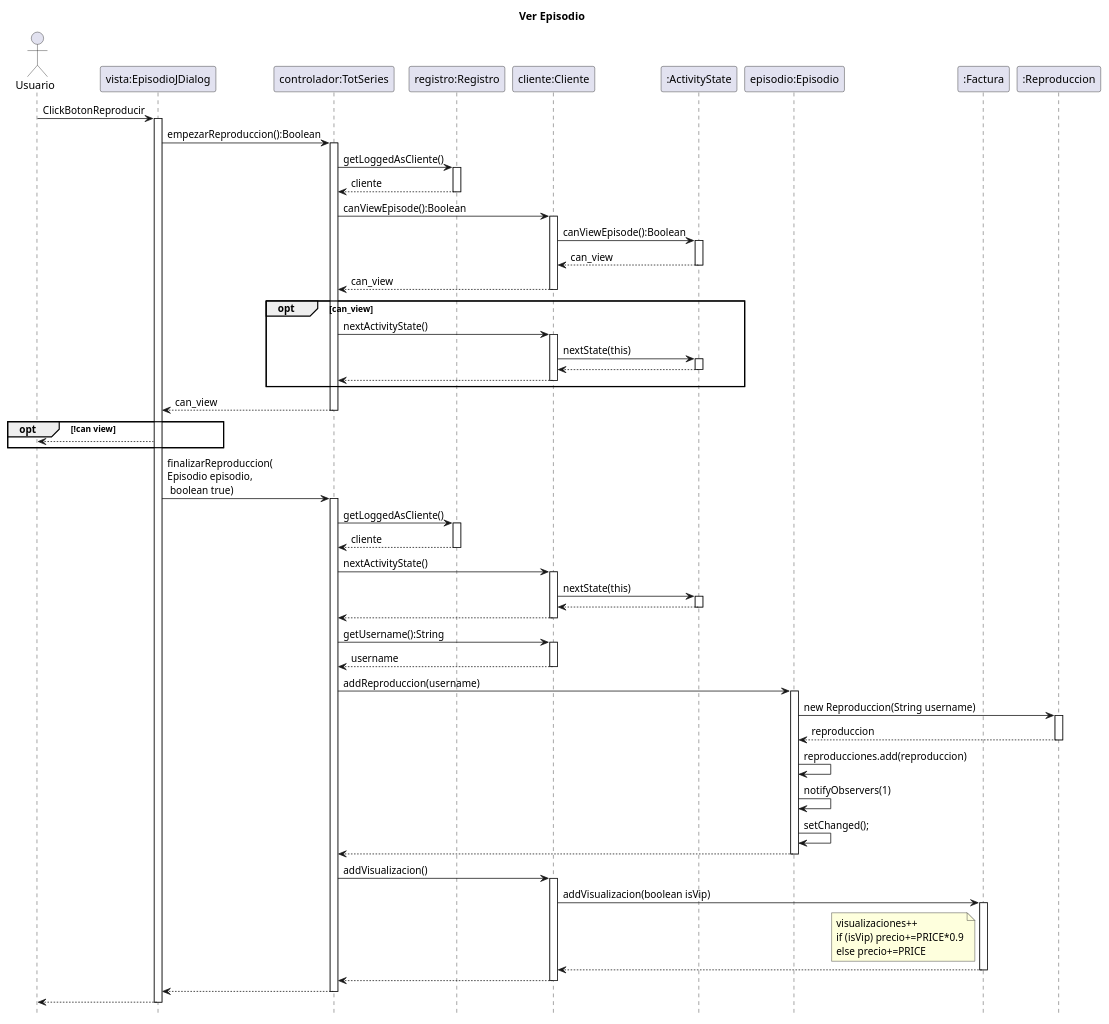
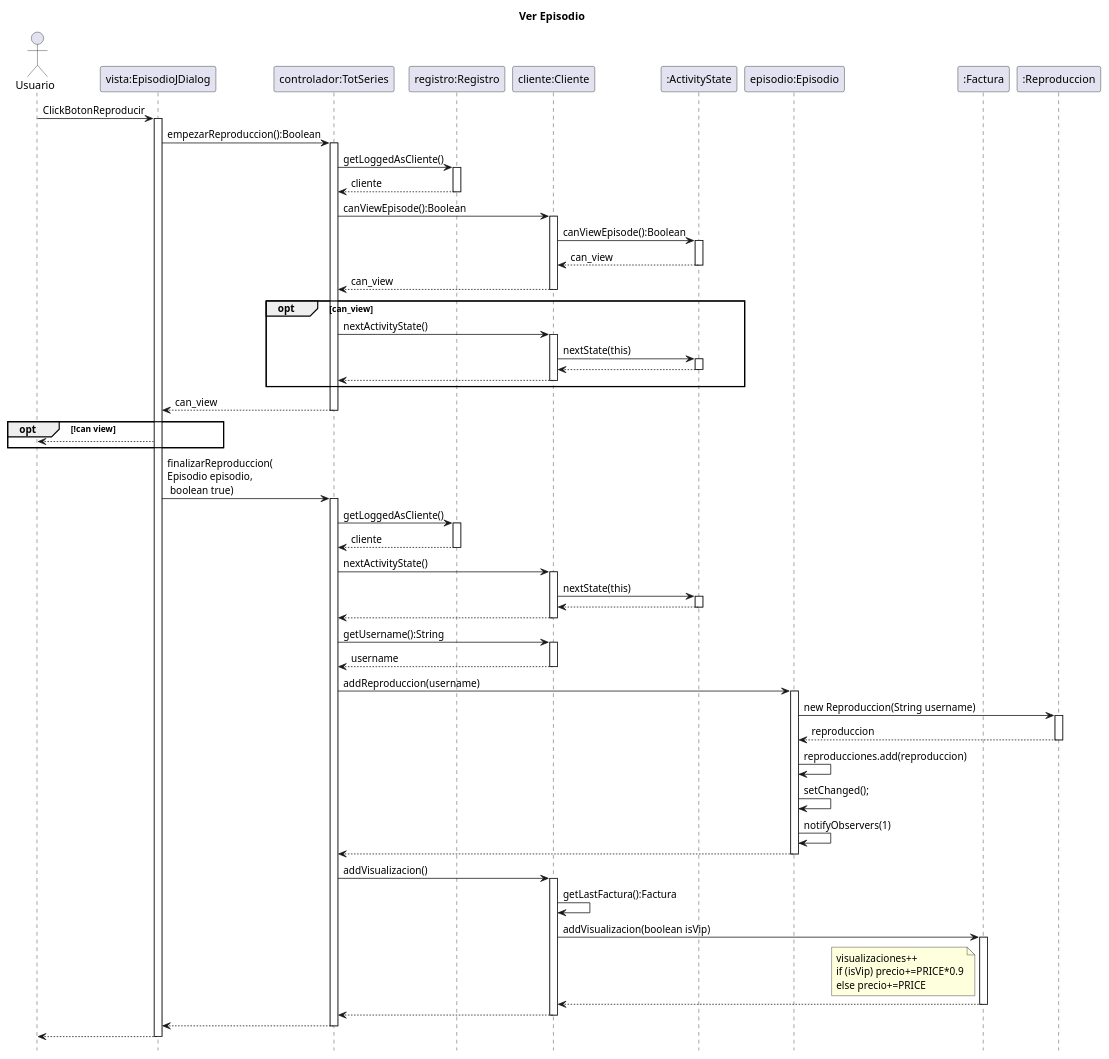
The diagram in src/totseries/Uml/Secuencia/Diagrama de Secuencia Ver Episodio.puml (MrViciao/TotSeries), drawn with PlantUML before and after one commit. The commit also changed 5 other files, not shown here.

Commit message:
actualizacion de los diagramas

```diff
--- a/src/totseries/Uml/Secuencia/Diagrama de Secuencia Ver Episodio.puml
+++ b/src/totseries/Uml/Secuencia/Diagrama de Secuencia Ver Episodio.puml
@@ -1,107 +1,107 @@
 @startuml
 title		Ver Episodio
 hide	footbox
 
 actor	Usuario as usuario
 participant "vista:EpisodioJDialog" as vista
 participant "controlador:TotSeries" as totseries
 participant "registro:Registro" as registro
 participant "cliente:Cliente" as cliente
 participant ":ActivityState" as state
 participant "episodio:Episodio" as episodio
 participant ":Factura" as factura
 participant ":Reproduccion" as reproduccion
 
 usuario -> vista : ClickBotonReproducir
 activate vista
 vista ->totseries : empezarReproduccion():Boolean
 activate totseries
 totseries -> registro : getLoggedAsCliente()
 activate registro
 registro --> totseries : cliente
 deactivate registro
 '
 totseries -> cliente : canViewEpisode():Boolean
 activate cliente
 cliente -> state : canViewEpisode():Boolean
 activate state
 state --> cliente : can_view
 deactivate state
 cliente --> totseries : can_view
 deactivate cliente
 '  
 opt can_view
 
     totseries -> cliente: nextActivityState()
     activate cliente
     cliente -> state:nextState(this)
     activate state
     state --> cliente
     deactivate state
     cliente --> totseries
     deactivate cliente
     
 end opt
 
 totseries -->vista: can_view
     deactivate totseries
 
 opt !can view
     vista --> usuario
 end opt
 
 vista -> totseries : finalizarReproduccion(\nEpisodio episodio,\n boolean true)
 activate totseries
 
 totseries -> registro : getLoggedAsCliente()
 activate registro
 registro --> totseries : cliente
 deactivate registro
 
 totseries -> cliente : nextActivityState()
 activate cliente
 cliente -> state : nextState(this)
 activate state
 state --> cliente
 deactivate state
 cliente --> totseries
 deactivate cliente
 
 totseries -> cliente : getUsername():String
 activate cliente
 cliente -->totseries: username
 deactivate cliente
 
 
 totseries -> episodio :addReproduccion(username)
 activate episodio
 episodio -> reproduccion: new Reproduccion(String username)
 activate reproduccion
 reproduccion --> episodio: reproduccion
 deactivate reproduccion
 episodio ->episodio: reproducciones.add(reproduccion)
+episodio ->episodio: setChanged();
 episodio ->episodio: notifyObservers(1)
-episodio ->episodio: setChanged();
 episodio --> totseries
 deactivate episodio
 
-
 totseries -> cliente: addVisualizacion()
 activate cliente
+cliente -> cliente: getLastFactura():Factura
 cliente -> factura: addVisualizacion(boolean isVip)
 activate factura
 note left factura
     visualizaciones++
     if (isVip) precio+=PRICE*0.9
     else precio+=PRICE
 end note
 factura --> cliente
 deactivate factura
 cliente --> totseries
 deactivate cliente
 
 totseries --> vista
 deactivate totseries
 vista --> usuario
 deactivate vista
 @enduml
```
